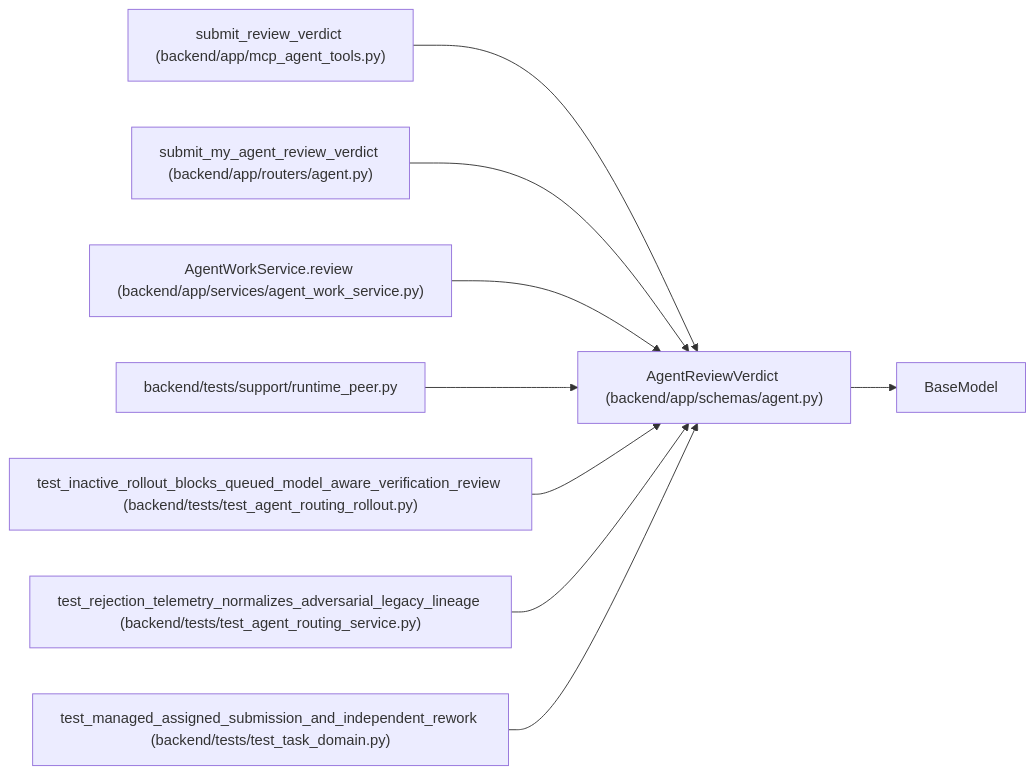
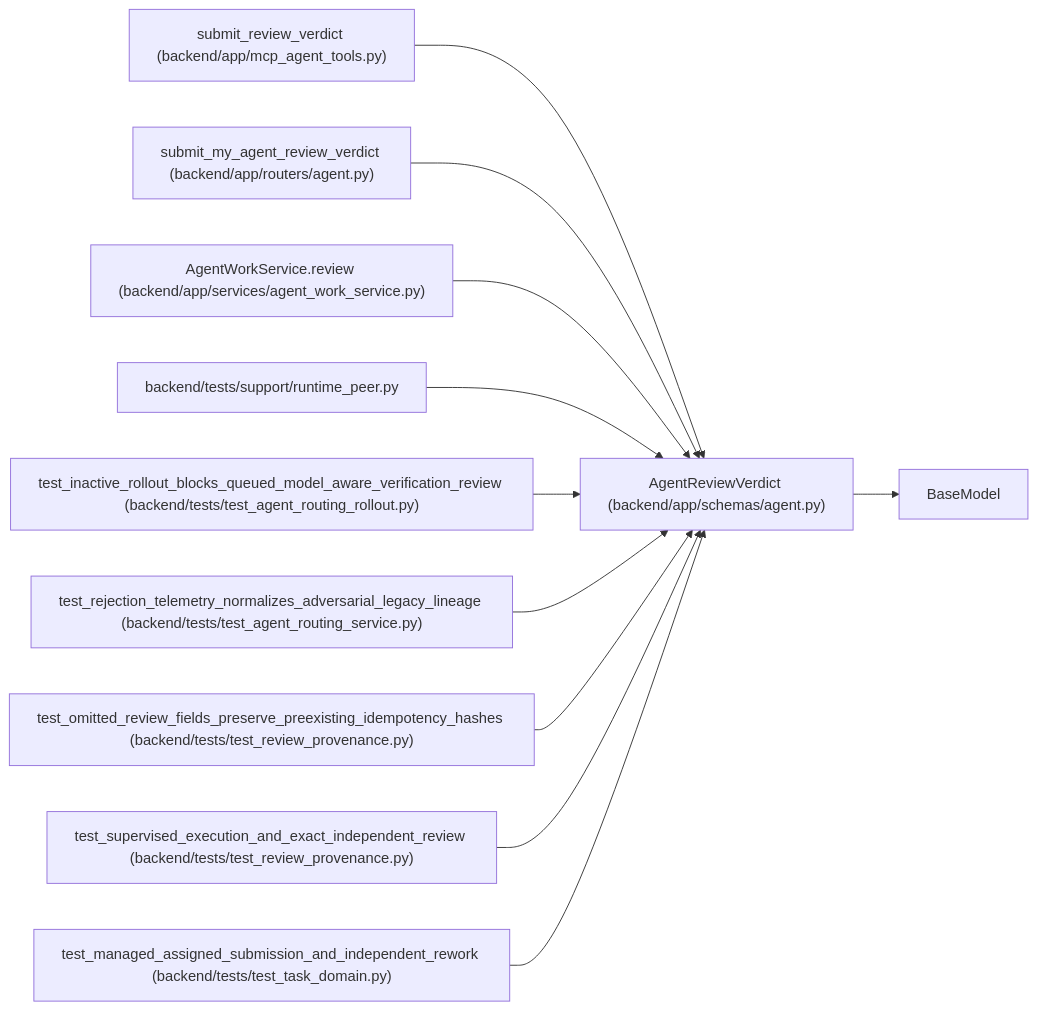
Before and after one commit to Denissvgn/WorkChord: the diagram in docs/llm_wiki/entities/AgentReviewVerdict.md, drawn with Mermaid. The commit also changed other lines of this file and 2373 other files, not shown here.

````diff
--- a/docs/llm_wiki/entities/AgentReviewVerdict.md
+++ b/docs/llm_wiki/entities/AgentReviewVerdict.md
@@ -45,28 +47,34 @@
 ```mermaid
 flowchart LR
     n0["AgentReviewVerdict (backend/app/schemas/agent.py)"]
     n1["BaseModel"]
     n2["submit_review_verdict (backend/app/mcp_agent_tools.py)"]
     n3["submit_my_agent_review_verdict (backend/app/routers/agent.py)"]
     n4["AgentWorkService.review (backend/app/services/agent_work_service.py)"]
     n5["backend/tests/support/runtime_peer.py"]
     n6["test_inactive_rollout_blocks_queued_model_aware_verification_review (backend/tests/test_agent_routing_rollout.py)"]
     n7["test_rejection_telemetry_normalizes_adversarial_legacy_lineage (backend/tests/test_agent_routing_service.py)"]
-    n8["test_managed_assigned_submission_and_independent_rework (backend/tests/test_task_domain.py)"]
+    n8["test_omitted_review_fields_preserve_preexisting_idempotency_hashes (backend/tests/test_review_provenance.py)"]
+    n9["test_supervised_execution_and_exact_independent_review (backend/tests/test_review_provenance.py)"]
+    n10["test_managed_assigned_submission_and_independent_rework (backend/tests/test_task_domain.py)"]
     n0 --> n1
     n2 --> n0
     n3 --> n0
     n4 --> n0
     n5 --> n0
     n6 --> n0
     n7 --> n0
     n8 --> n0
+    n9 --> n0
+    n10 --> n0
     click n0 "../modules/schemas_agent.md"
     click n2 "../modules/mcp_agent_tools.md"
     click n3 "../modules/routers_agent.md"
     click n4 "../modules/agent_work_service.md"
     click n5 "../modules/runtime_peer.md"
     click n6 "../modules/test_agent_routing_rollout.md"
     click n7 "../modules/test_agent_routing_service.md"
-    click n8 "../modules/test_task_domain.md"
+    click n8 "../modules/test_review_provenance.md"
+    click n9 "../modules/test_review_provenance.md"
+    click n10 "../modules/test_task_domain.md"
 ```
````
